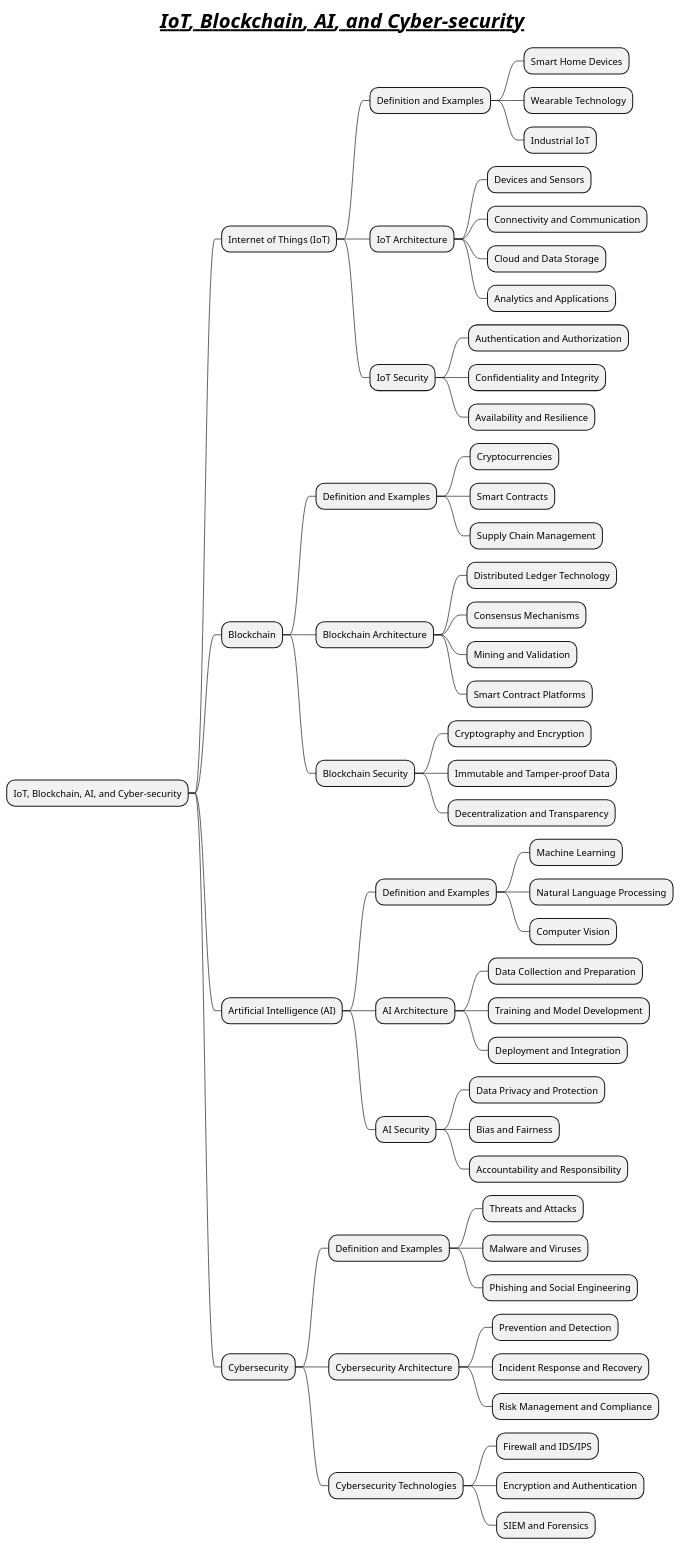
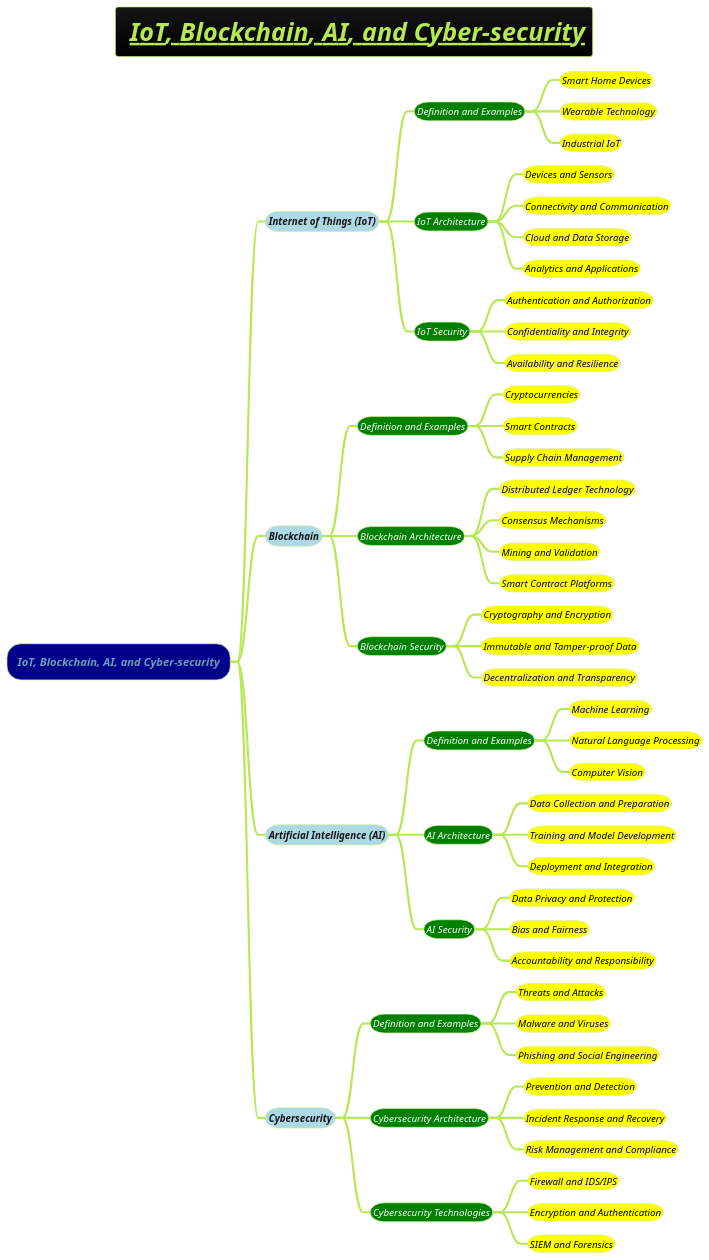
One commit to MehmoodHashmi/Documentation-as-Code-DaC changed the diagram in docs/AI-ML- DL-Data-Science-and-BigData/IBAC.puml. Above: the diagram before and after it, drawn with PlantUML. The commit also changed 1 other file, not shown here.

```diff
--- a/docs/AI-ML- DL-Data-Science-and-BigData/IBAC.puml
+++ b/docs/AI-ML- DL-Data-Science-and-BigData/IBAC.puml
@@ -1,63 +1,63 @@
 @startmindmap
 title =__//** IoT, Blockchain, AI, and Cyber-security**//__
+!theme hacker
 
-* IoT, Blockchain, AI, and Cyber-security
+*[#darkblue] ====IoT, Blockchain, AI, and Cyber-security
+**[#lightblue] ====<size:14>Internet of Things (IoT)
+***[#green] ====<size:14><color #white>Definition and Examples
+****[#yellow] ====<size:14><color #black>Smart Home Devices
+****[#yellow] ====<size:14><color #black>Wearable Technology
+****[#yellow] ====<size:14><color #black>Industrial IoT
+***[#green] ====<size:14><color #white>IoT Architecture
+****[#yellow] ====<size:14><color #black>Devices and Sensors
+****[#yellow] ====<size:14><color #black>Connectivity and Communication
+****[#yellow] ====<size:14><color #black>Cloud and Data Storage
+****[#yellow] ====<size:14><color #black>Analytics and Applications
+***[#green] ====<size:14><color #white>IoT Security
+****[#yellow] ====<size:14><color #black>Authentication and Authorization
+****[#yellow] ====<size:14><color #black>Confidentiality and Integrity
+****[#yellow] ====<size:14><color #black>Availability and Resilience
 
-** Internet of Things (IoT)
-*** Definition and Examples
-**** Smart Home Devices
-**** Wearable Technology
-**** Industrial IoT
-*** IoT Architecture
-**** Devices and Sensors
-**** Connectivity and Communication
-**** Cloud and Data Storage
-**** Analytics and Applications
-*** IoT Security
-**** Authentication and Authorization
-**** Confidentiality and Integrity
-**** Availability and Resilience
+**[#lightblue] ====<size:14>Blockchain
+***[#green] ====<size:14><color #white>Definition and Examples
+****[#yellow] ====<size:14><color #black>Cryptocurrencies
+****[#yellow] ====<size:14><color #black>Smart Contracts
+****[#yellow] ====<size:14><color #black>Supply Chain Management
+***[#green] ====<size:14><color #white>Blockchain Architecture
+****[#yellow] ====<size:14><color #black>Distributed Ledger Technology
+****[#yellow] ====<size:14><color #black>Consensus Mechanisms
+****[#yellow] ====<size:14><color #black>Mining and Validation
+****[#yellow] ====<size:14><color #black>Smart Contract Platforms
+***[#green] ====<size:14><color #white>Blockchain Security
+****[#yellow] ====<size:14><color #black>Cryptography and Encryption
+****[#yellow] ====<size:14><color #black>Immutable and Tamper-proof Data
+****[#yellow] ====<size:14><color #black>Decentralization and Transparency
 
-** Blockchain
-*** Definition and Examples
-**** Cryptocurrencies
-**** Smart Contracts
-**** Supply Chain Management
-*** Blockchain Architecture
-**** Distributed Ledger Technology
-**** Consensus Mechanisms
-**** Mining and Validation
-**** Smart Contract Platforms
-*** Blockchain Security
-**** Cryptography and Encryption
-**** Immutable and Tamper-proof Data
-**** Decentralization and Transparency
+**[#lightblue] ====<size:14>Artificial Intelligence (AI)
+***[#green] ====<size:14><color #white>Definition and Examples
+****[#yellow] ====<size:14><color #black>Machine Learning
+****[#yellow] ====<size:14><color #black>Natural Language Processing
+****[#yellow] ====<size:14><color #black>Computer Vision
+***[#green] ====<size:14><color #white>AI Architecture
+****[#yellow] ====<size:14><color #black>Data Collection and Preparation
+****[#yellow] ====<size:14><color #black>Training and Model Development
+****[#yellow] ====<size:14><color #black>Deployment and Integration
+***[#green] ====<size:14><color #white>AI Security
+****[#yellow] ====<size:14><color #black>Data Privacy and Protection
+****[#yellow] ====<size:14><color #black>Bias and Fairness
+****[#yellow] ====<size:14><color #black>Accountability and Responsibility
 
-** Artificial Intelligence (AI)
-*** Definition and Examples
-**** Machine Learning
-**** Natural Language Processing
-**** Computer Vision
-*** AI Architecture
-**** Data Collection and Preparation
-**** Training and Model Development
-**** Deployment and Integration
-*** AI Security
-**** Data Privacy and Protection
-**** Bias and Fairness
-**** Accountability and Responsibility
-
-** Cybersecurity
-*** Definition and Examples
-**** Threats and Attacks
-**** Malware and Viruses
-**** Phishing and Social Engineering
-*** Cybersecurity Architecture
-**** Prevention and Detection
-**** Incident Response and Recovery
-**** Risk Management and Compliance
-*** Cybersecurity Technologies
-**** Firewall and IDS/IPS
-**** Encryption and Authentication
-**** SIEM and Forensics
+**[#lightblue] ====<size:14>Cybersecurity
+***[#green] ====<size:14><color #white>Definition and Examples
+****[#yellow] ====<size:14><color #black>Threats and Attacks
+****[#yellow] ====<size:14><color #black>Malware and Viruses
+****[#yellow] ====<size:14><color #black>Phishing and Social Engineering
+***[#green] ====<size:14><color #white>Cybersecurity Architecture
+****[#yellow] ====<size:14><color #black>Prevention and Detection
+****[#yellow] ====<size:14><color #black>Incident Response and Recovery
+****[#yellow] ====<size:14><color #black>Risk Management and Compliance
+***[#green] ====<size:14><color #white>Cybersecurity Technologies
+****[#yellow] ====<size:14><color #black>Firewall and IDS/IPS
+****[#yellow] ====<size:14><color #black>Encryption and Authentication
+****[#yellow] ====<size:14><color #black>SIEM and Forensics
 @endmindmap
```
